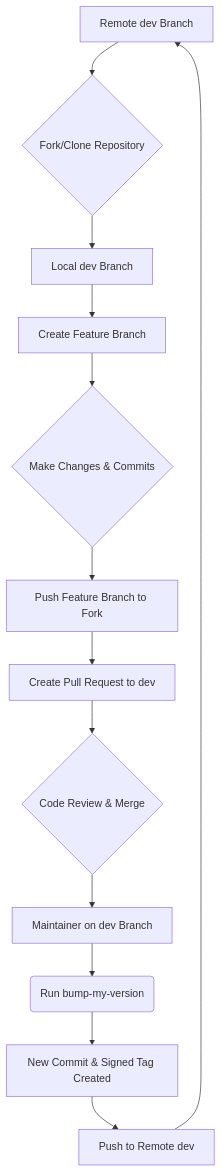
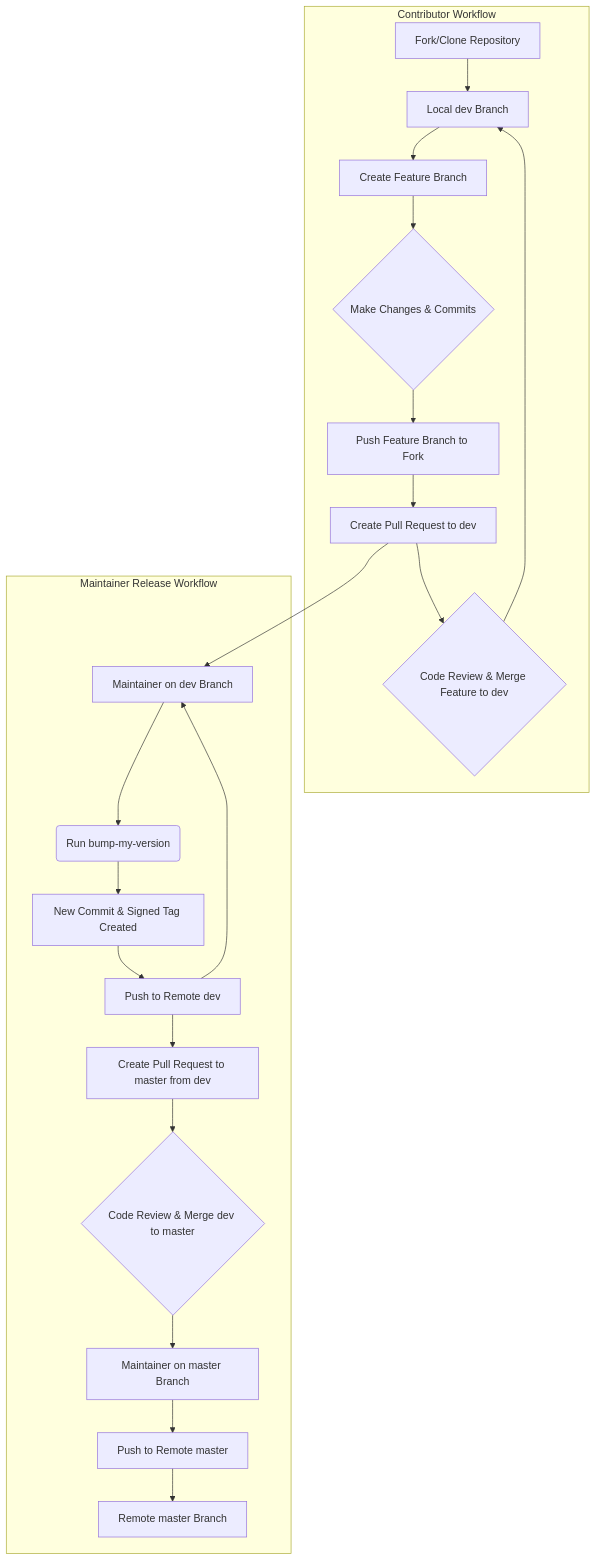
The diagram in CONTRIBUTING.md (zv09/TelegramDialogsMirror), drawn with Mermaid before and after one commit. The commit also changed 1 other file, not shown here.

Commit message:
docs: Enhance README and update CONTRIBUTING.md workflow diagram
- Added 'Advanced Configuration' and 'Troubleshooting' sections to the README.md outline.
- Included a link to CONTRIBUTING.md for more detailed configuration parameters within the 'Configuration' section.
- Added a note for users to refer to developer documentation for advanced customization.
- Refined the development workflow diagram in CONTRIBUTING.md to clearly illustrate the merge process from feature branches to `dev`, and then from `dev` to `master` for releases.
- Organized the diagram into "Contributor Workflow" and "Maintainer Release Workflow" subgraphs for improved readability.

````diff
--- a/CONTRIBUTING.md
+++ b/CONTRIBUTING.md
@@ -379,15 +379,26 @@
 ```mermaid
 graph TD
-    A[Remote dev Branch] --> B{Fork/Clone Repository};
-    B --> C[Local dev Branch];
-    C --> D[Create Feature Branch];
-    D --> E{Make Changes & Commits};
-    E --> F[Push Feature Branch to Fork];
-    F --> G[Create Pull Request to dev];
-    G --> H{Code Review & Merge};
-    H --> I[Maintainer on dev Branch];
-    I --> J(Run bump-my-version);
-    J --> K[New Commit & Signed Tag Created];
-    K --> L[Push to Remote dev];
-    L --> A;
+    subgraph Contributor Workflow
+        A[Fork/Clone Repository] --> B[Local dev Branch];
+        B --> C[Create Feature Branch];
+        C --> D{Make Changes & Commits};
+        D --> E[Push Feature Branch to Fork];
+        E --> F[Create Pull Request to dev];
+        F --> G{Code Review & Merge Feature to dev};
+        G --> B;
+    end
+
+    subgraph Maintainer Release Workflow
+        H[Maintainer on dev Branch] --> I(Run bump-my-version);
+        I --> J[New Commit & Signed Tag Created];
+        J --> K[Push to Remote dev];
+        K --> L[Create Pull Request to master from dev];
+        L --> M{Code Review & Merge dev to master};
+        M --> N[Maintainer on master Branch];
+        N --> O[Push to Remote master];
+        O --> P[Remote master Branch];
+    end
+
+    F --> H;
+    K --> H;
 ```
````
